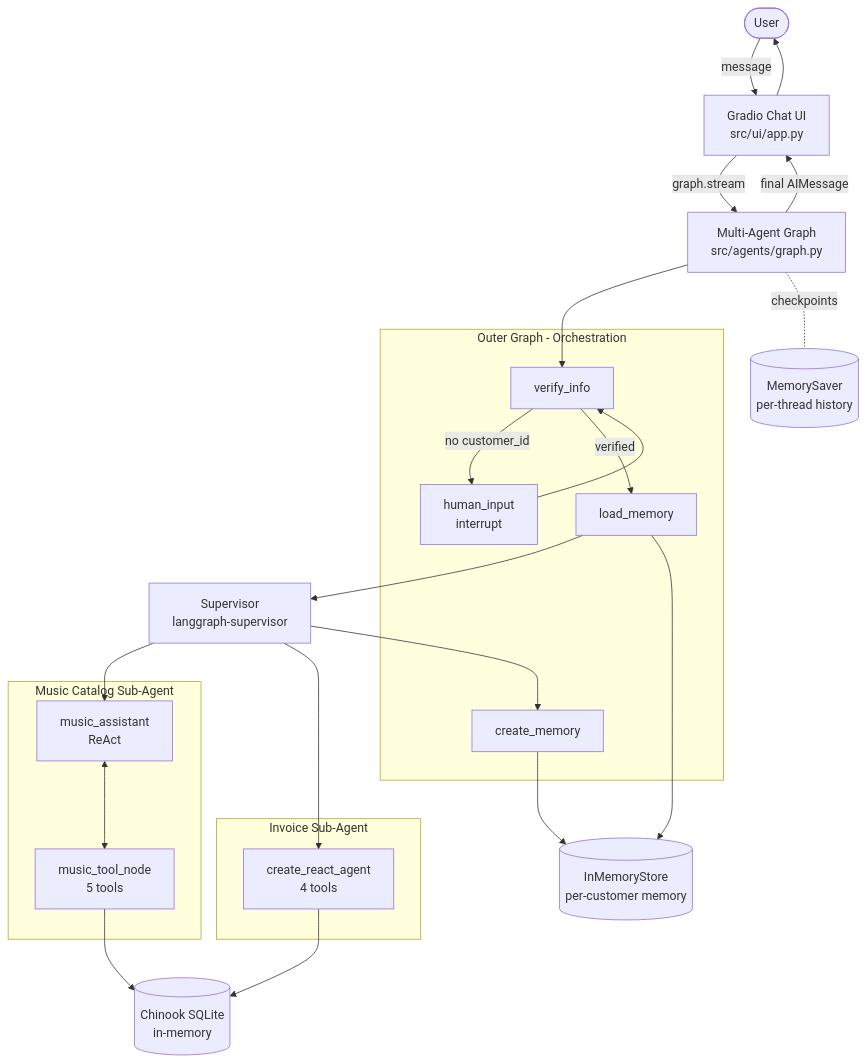
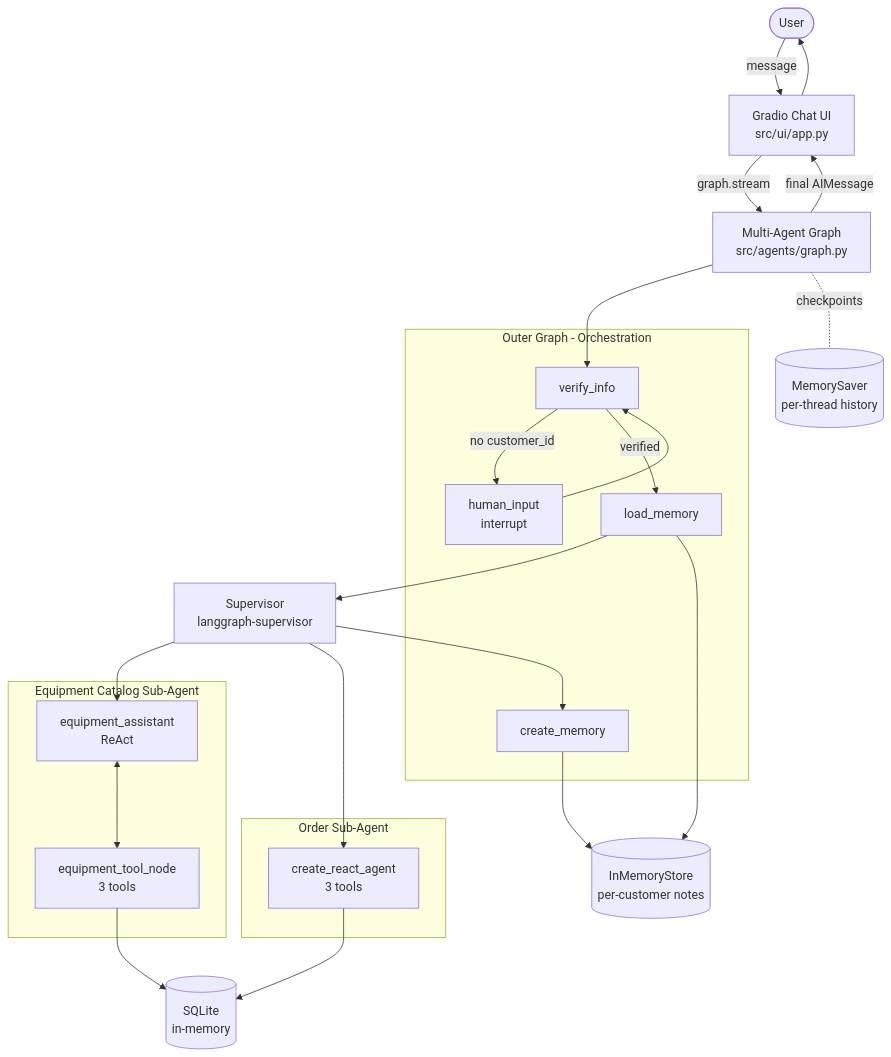
The diagram in README.md (Jainam182/Multi-Agent-Customer-Support-System), drawn with Mermaid before and after one commit. The commit also changed other lines of this file and 19 other files, not shown here.

````diff
--- a/README.md
+++ b/README.md
@@ -86,47 +57,47 @@
 ```mermaid
 flowchart TD
     User([User])
     UI[Gradio Chat UI<br/>src/ui/app.py]
     Graph[Multi-Agent Graph<br/>src/agents/graph.py]
 
     subgraph Outer[Outer Graph - Orchestration]
         Verify[verify_info]
         Human[human_input<br/>interrupt]
         Load[load_memory]
         Save[create_memory]
     end
 
     Sup[Supervisor<br/>langgraph-supervisor]
 
-    subgraph Music[Music Catalog Sub-Agent]
-        MA[music_assistant<br/>ReAct]
-        MT[music_tool_node<br/>5 tools]
+    subgraph Equipment[Equipment Catalog Sub-Agent]
+        MA[equipment_assistant<br/>ReAct]
+        MT[equipment_tool_node<br/>3 tools]
     end
 
-    subgraph Invoice[Invoice Sub-Agent]
-        IR[create_react_agent<br/>4 tools]
+    subgraph Order[Order Sub-Agent]
+        IR[create_react_agent<br/>3 tools]
     end
 
-    DB[(Chinook SQLite<br/>in-memory)]
-    Store[(InMemoryStore<br/>per-customer memory)]
+    DB[(SQLite<br/>in-memory)]
+    Store[(InMemoryStore<br/>per-customer notes)]
     Ckpt[(MemorySaver<br/>per-thread history)]
 
     User -->|message| UI
     UI -->|graph.stream| Graph
     Graph --> Verify
     Verify -->|no customer_id| Human
     Human --> Verify
     Verify -->|verified| Load
     Load --> Sup
     Sup --> MA
     Sup --> IR
     MA <--> MT
     MT --> DB
     IR --> DB
     Sup --> Save
     Load --> Store
     Save --> Store
     Graph -. checkpoints .- Ckpt
     Graph -->|final AIMessage| UI
     UI --> User
 ```
````
